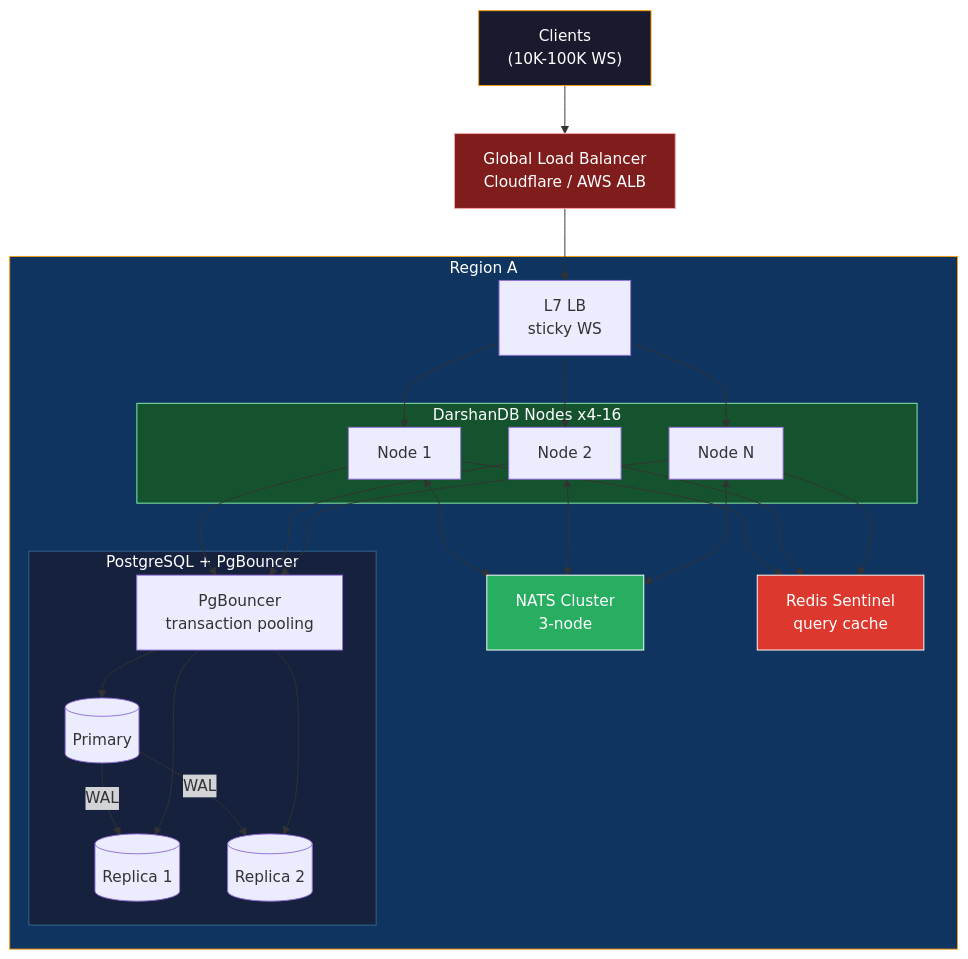
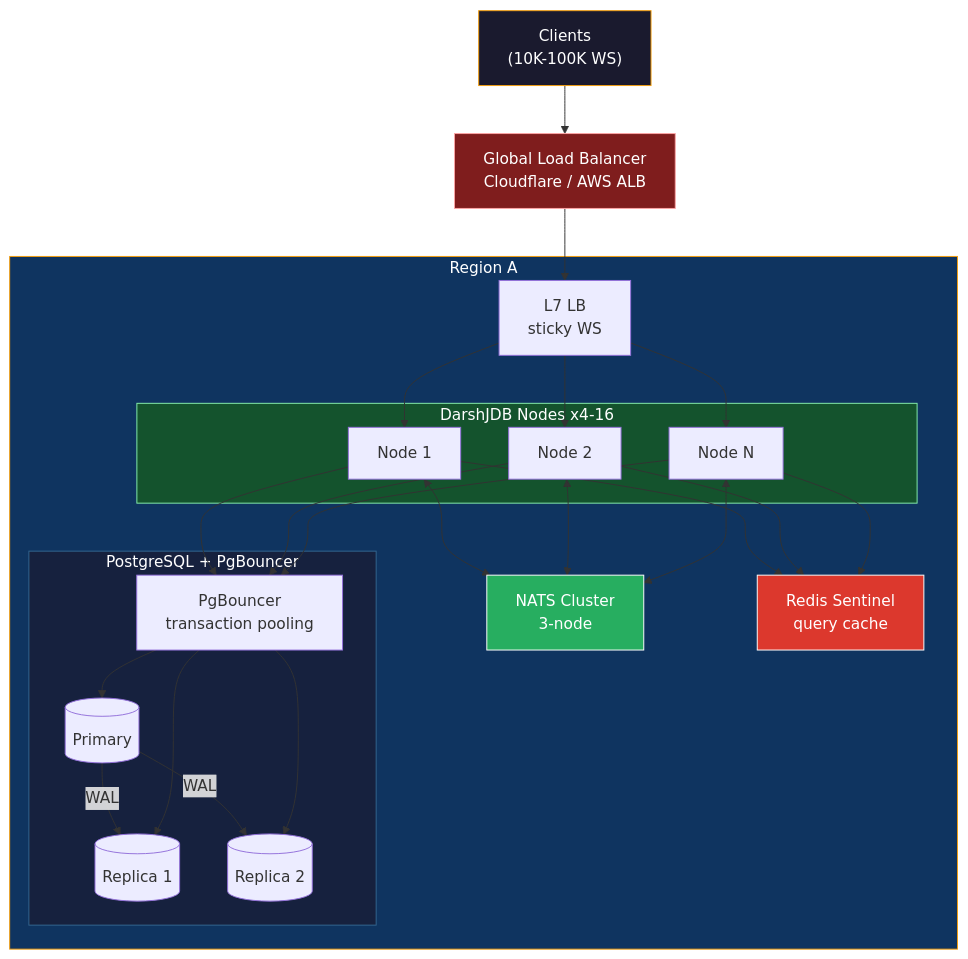
Before and after one commit to darshjme/darshjdb: the third of 12 diagrams in docs/strategy/SCALABILITY_STRATEGY.md, drawn with Mermaid. The commit also changed other lines of this file and 107 other files, not shown here.

First line of the commit message:
rebrand: DarshanDB → DarshJDB (DDB)

````diff
--- a/docs/strategy/SCALABILITY_STRATEGY.md
+++ b/docs/strategy/SCALABILITY_STRATEGY.md
@@ -89,46 +89,46 @@
 ```mermaid
 graph TB
     Clients["Clients\n(10K-100K WS)"]
     GLB["Global Load Balancer\nCloudflare / AWS ALB"]
 
     subgraph Region["Region A"]
         LB["L7 LB\nsticky WS"]
 
-        subgraph AppNodes["DarshanDB Nodes x4-16"]
+        subgraph AppNodes["DarshJDB Nodes x4-16"]
             N1["Node 1"]
             N2["Node 2"]
             N3["Node N"]
         end
 
         NATS["NATS Cluster\n3-node"]
         Redis["Redis Sentinel\nquery cache"]
 
         subgraph PG["PostgreSQL + PgBouncer"]
             PGB["PgBouncer\ntransaction pooling"]
             PG1[("Primary")]
             PG2[("Replica 1")]
             PG3[("Replica 2")]
             PG1 -->|WAL| PG2
             PG1 -->|WAL| PG3
         end
     end
 
     Clients --> GLB --> LB
     LB --> N1
     LB --> N2
     LB --> N3
     N1 & N2 & N3 <--> NATS
     N1 & N2 & N3 --> Redis
     N1 & N2 & N3 --> PGB
     PGB --> PG1
     PGB --> PG2
     PGB --> PG3
 
     style Clients fill:#1a1a2e,stroke:#F59E0B,color:#fff
     style GLB fill:#7f1d1d,stroke:#fca5a5,color:#fff
     style Region fill:#0f3460,stroke:#F59E0B,color:#fff
     style AppNodes fill:#14532d,stroke:#86efac,color:#fff
     style PG fill:#16213e,stroke:#336791,color:#fff
     style NATS fill:#27AE60,stroke:#fff,color:#fff
     style Redis fill:#DC382D,stroke:#fff,color:#fff
 ```
````
